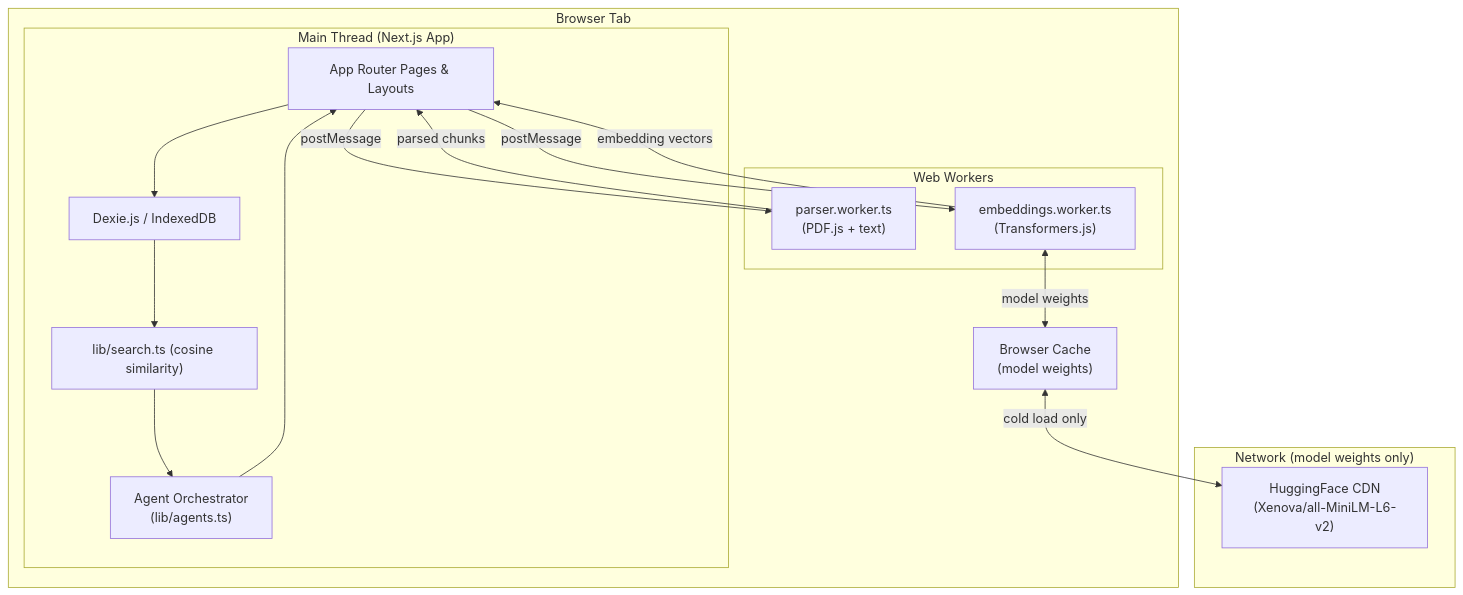
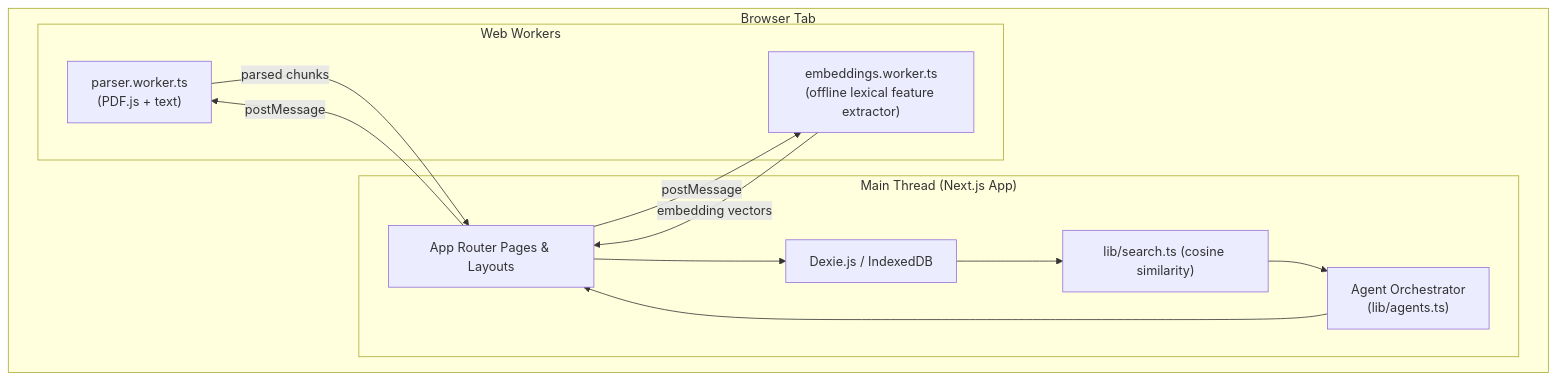
One commit to Miladmet/ghostdocs changed the first of 5 diagrams in .kiro/specs/ghostdocs-master/design.md. Above: the diagram before and after it, drawn with Mermaid. The commit also changed other lines of this file and 22 other files, not shown here.

Commit message:
feat(kiro): complete spec execution, anchor verbatim citations, fix timeline overlaps, and tighten CSP

````diff
--- a/.kiro/specs/ghostdocs-master/design.md
+++ b/.kiro/specs/ghostdocs-master/design.md
@@ -32,30 +32,24 @@
 ```mermaid
 graph TD
     subgraph Browser["Browser Tab"]
         subgraph MainThread["Main Thread (Next.js App)"]
             UI["App Router Pages & Layouts"]
             DB["Dexie.js / IndexedDB"]
             Search["lib/search.ts (cosine similarity)"]
             Agents["Agent Orchestrator\n(lib/agents.ts)"]
         end
         subgraph Workers["Web Workers"]
             PW["parser.worker.ts\n(PDF.js + text)"]
-            EW["embeddings.worker.ts\n(Transformers.js)"]
+            EW["embeddings.worker.ts\n(offline lexical feature extractor)"]
         end
-        Cache["Browser Cache\n(model weights)"]
-    end
-    subgraph Network["Network (model weights only)"]
-        HF["HuggingFace CDN\n(Xenova/all-MiniLM-L6-v2)"]
     end
 
     UI -->|postMessage| PW
     UI -->|postMessage| EW
     PW -->|parsed chunks| UI
     EW -->|embedding vectors| UI
     UI --> DB
     DB --> Search
     Search --> Agents
     Agents --> UI
-    EW <-->|model weights| Cache
-    Cache <-->|cold load only| HF
 ```
````
